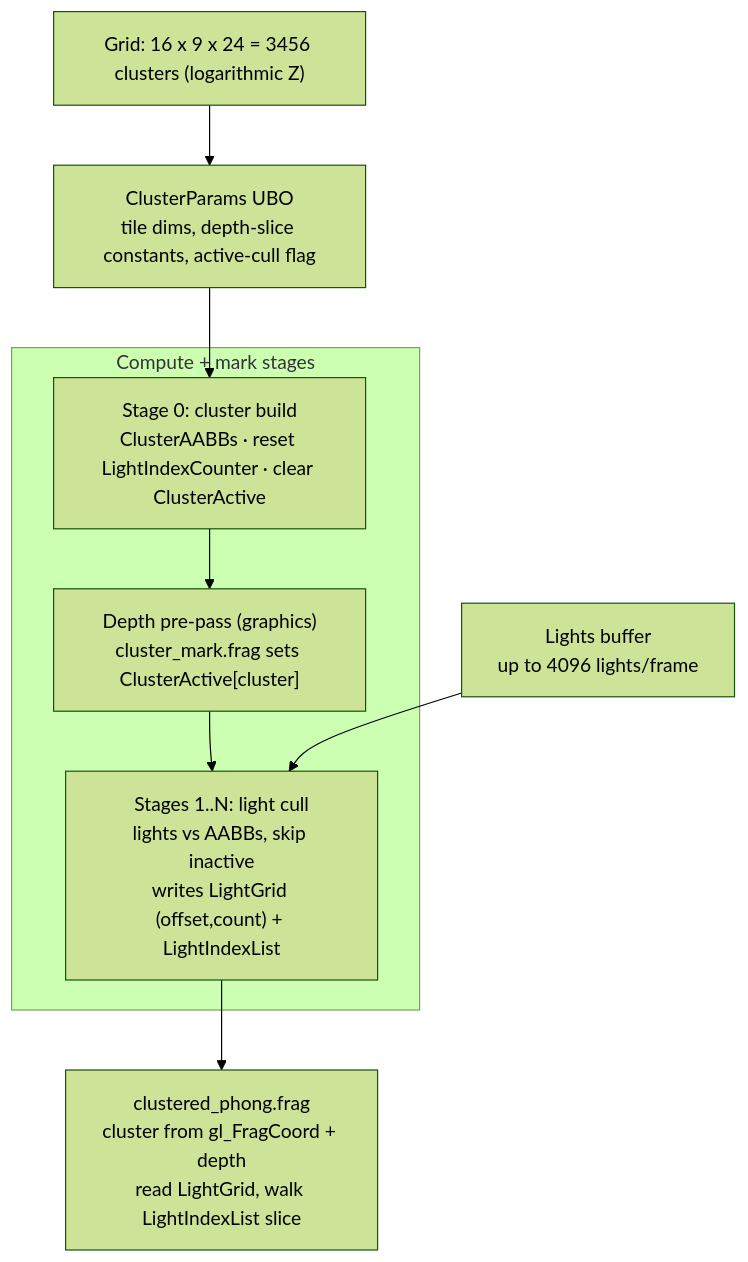
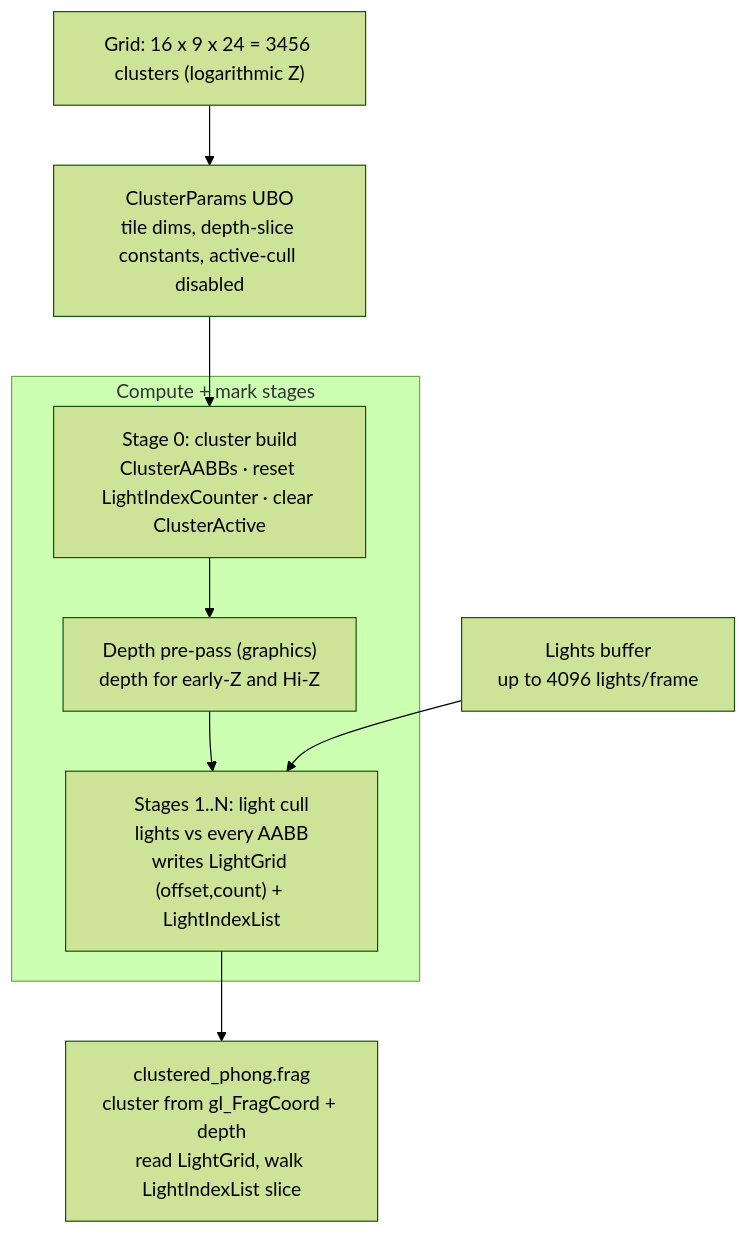
One commit to AeonGames/AeonEngine changed the fifth of 6 diagrams in engine/renderers/vulkan/RENDER_PIPELINE.md. Above: the diagram before and after it, drawn with Mermaid (forest theme). The commit also changed other lines of this file and 7 other files, not shown here.

````diff
--- a/engine/renderers/vulkan/RENDER_PIPELINE.md
+++ b/engine/renderers/vulkan/RENDER_PIPELINE.md
@@ -398,17 +395,17 @@
 ```mermaid
 flowchart TB
     GRID["Grid: 16 x 9 x 24 = 3456 clusters (logarithmic Z)"]
-    CP["ClusterParams UBO<br/>tile dims, depth-slice constants, active-cull flag"]
+    CP["ClusterParams UBO<br/>tile dims, depth-slice constants, active-cull disabled"]
 
     subgraph stages["Compute + mark stages"]
         CB["Stage 0: cluster build<br/>ClusterAABBs · reset LightIndexCounter · clear ClusterActive"]
-        MARK["Depth pre-pass (graphics)<br/>cluster_mark.frag sets ClusterActive[cluster]"]
-        LC["Stages 1..N: light cull<br/>lights vs AABBs, skip inactive<br/>writes LightGrid (offset,count) + LightIndexList"]
+        MARK["Depth pre-pass (graphics)<br/>depth for early-Z and Hi-Z"]
+        LC["Stages 1..N: light cull<br/>lights vs every AABB<br/>writes LightGrid (offset,count) + LightIndexList"]
     end
 
     SHADE["clustered_phong.frag<br/>cluster from gl_FragCoord + depth<br/>read LightGrid, walk LightIndexList slice"]
 
     GRID --> CP
     CP --> CB --> MARK --> LC --> SHADE
     LIGHTS["Lights buffer<br/>up to 4096 lights/frame"] --> LC
 ```
````
